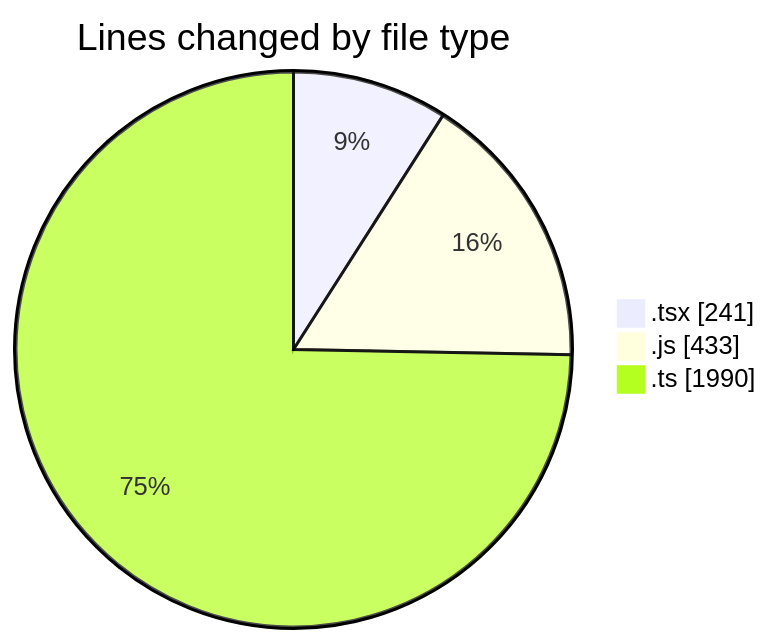
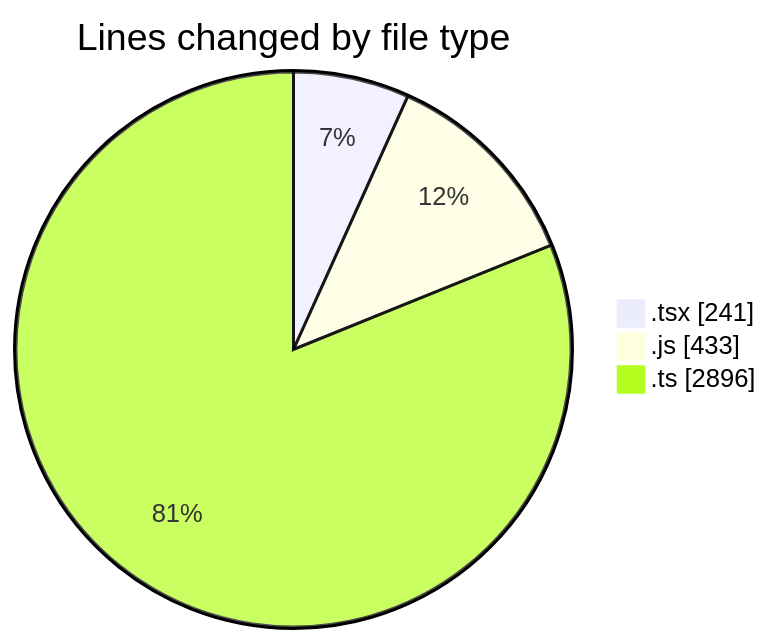
One commit to momahboobian/code-tracking changed the first of 2 diagrams in 2026-08-17/cda/README.md. Above: the diagram before and after it, drawn with Mermaid. The commit also changed other lines of this file and 1 other file, not shown here.

````diff
--- a/2026-08-17/cda/README.md
+++ b/2026-08-17/cda/README.md
@@ -28,7 +28,7 @@
 ```mermaid
 pie showData
 title Lines changed by file type
 ".tsx" : 241
 ".js" : 433
-".ts" : 1990
+".ts" : 2896
 ```
````
